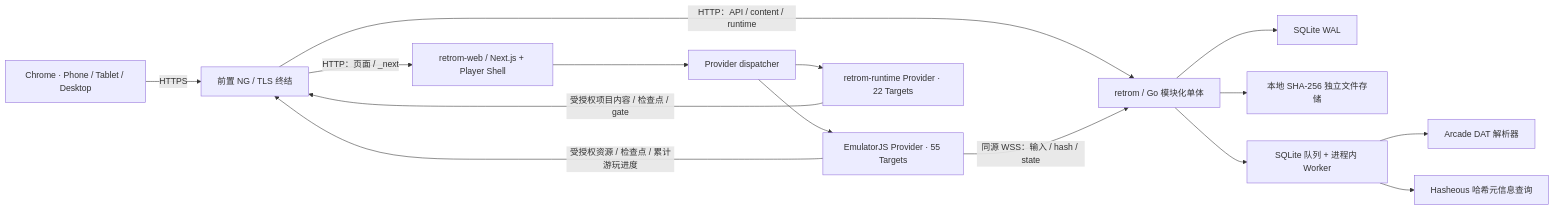
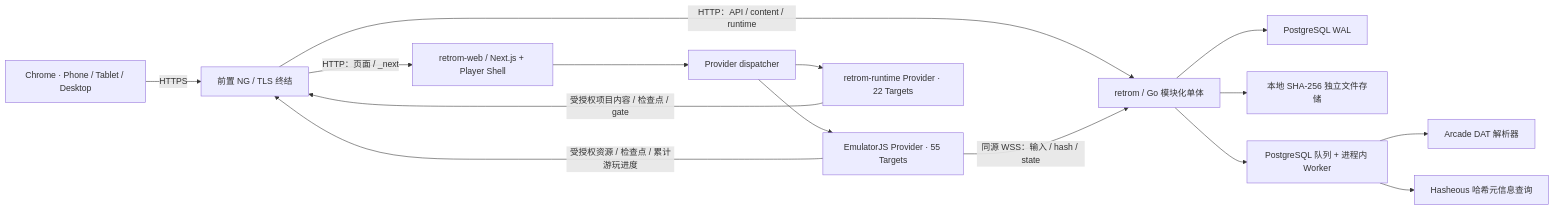
The second of 4 diagrams in docs/retrom-product-architecture.md (retrom-project/retrom), drawn with Mermaid before and after one commit. The commit also changed other lines of this file and 614 other files, not shown here.

Commit message:
refactor!: replace SQLite with PostgreSQL and manage development databases

```diff
--- a/docs/retrom-product-architecture.md
+++ b/docs/retrom-product-architecture.md
@@ -215,17 +215,17 @@
 ~~~mermaid
 flowchart LR
     U["Chrome · Phone / Tablet / Desktop"] -->|HTTPS| N["前置 NG / TLS 终结"]
     N -->|HTTP：页面 / _next| W["retrom-web / Next.js + Player Shell"]
     N -->|HTTP：API / content / runtime| S["retrom / Go 模块化单体"]
     W --> PD["Provider dispatcher"]
     PD --> EP["EmulatorJS Provider · 55 Targets"]
     PD --> RP["retrom-runtime Provider · 22 Targets"]
-    S --> D["SQLite WAL"]
+    S --> D["PostgreSQL WAL"]
     S --> B["本地 SHA-256 独立文件存储"]
-    S --> J["SQLite 队列 + 进程内 Worker"]
+    S --> J["PostgreSQL 队列 + 进程内 Worker"]
     J --> A["Arcade DAT 解析器"]
     J --> H["Hasheous 哈希元信息查询"]
     EP -->|受授权资源 / 检查点 / 累计游玩进度| N
     RP -->|受授权项目内容 / 检查点 / gate| N
     EP -->|同源 WSS：输入 / hash / state| S
 ~~~
```
